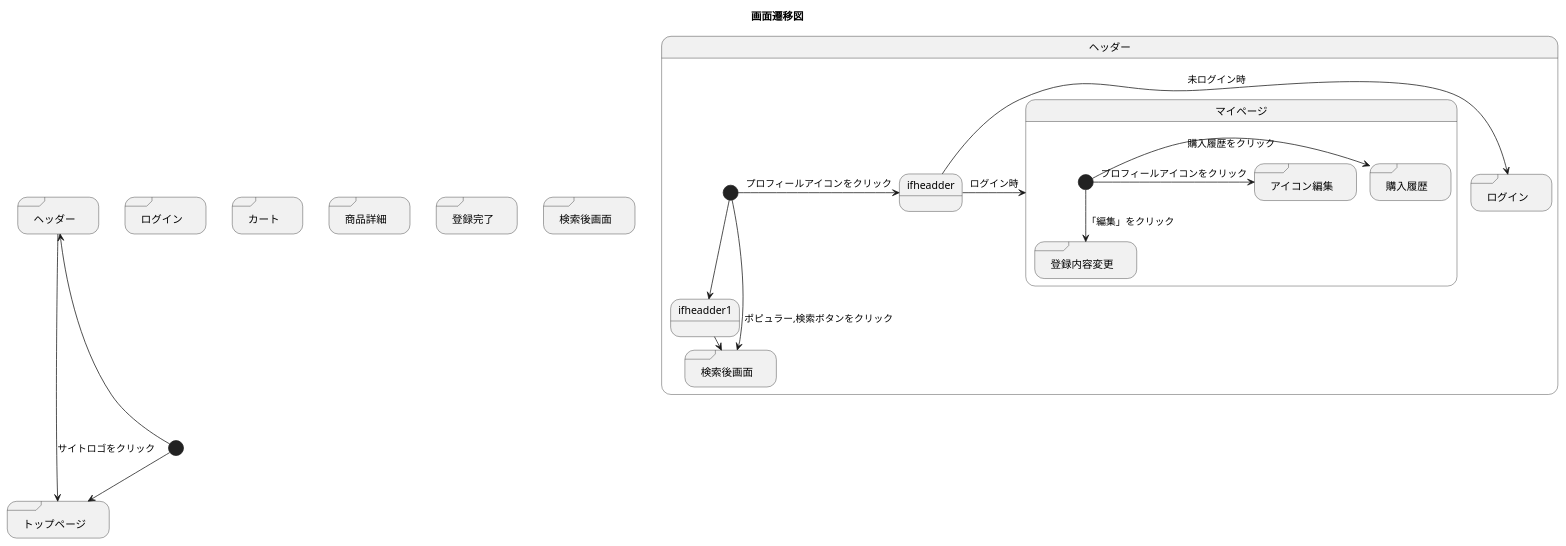
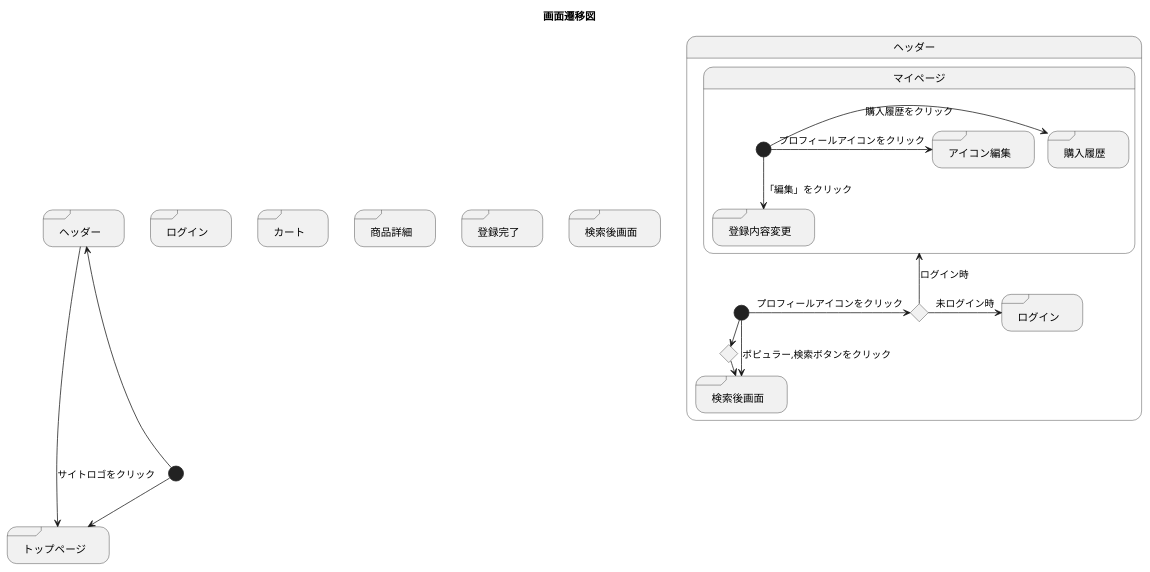
Before and after one commit to akutori/T-D-E: the diagram in UML.md, drawn with PlantUML.

Commit message:
修正

````diff
--- a/UML.md
+++ b/UML.md
@@ -1,42 +1,42 @@
 ```uml
 @startuml
 title 画面遷移図
 state "ログイン" as login <<sdlreceive>>
 state "カート" as cart <<sdlreceive>>
 state "商品詳細" as detail <<sdlreceive>>
 state "トップページ" as main <<sdlreceive>>
 state "登録完了" as completionofregistration <<sdlreceive>>
 state "検索後画面" as search <<sdlreceive>>
 state "ヘッダー" as headder <<sdlreceive>>
 
 
 
 [*]-->main
 [*]-up->headder
-headder-->main : サイトロゴをクリック
+headder->main : サイトロゴをクリック
 
 state ヘッダー{
     state "ログイン" as logininheadder <<sdlreceive>>
-    state ifheadder <<choise>>
-    state ifheadder1 <<choise>>
+    state ifheadder <<choice>>
+    state ifheadder1 <<choice>>
     state "検索後画面" as searchinheadder <<sdlreceive>>
     [*]->ifheadder : プロフィールアイコンをクリック
     ifheadder->logininheadder : 未ログイン時
-    ifheadder->マイページ : ログイン時
+    ifheadder-up->マイページ : ログイン時
     [*]-->searchinheadder :ポピュラー,検索ボタンをクリック
     [*]-right->ifheadder1 : カテゴリ,ハードをクリック
     ifheadder1 -> searchinheadder : 項目をクリック
 }
 
 
 state マイページ{
 state "購入履歴" as bought <<sdlreceive>>
 state "アイコン編集" as icon <<sdlreceive>>
 state "登録内容変更" as change <<sdlreceive>>
 
 [*]->bought : 購入履歴をクリック
 [*]-->change : 「編集」をクリック
 [*]->icon : プロフィールアイコンをクリック
 }
 @enduml
 ```
````
